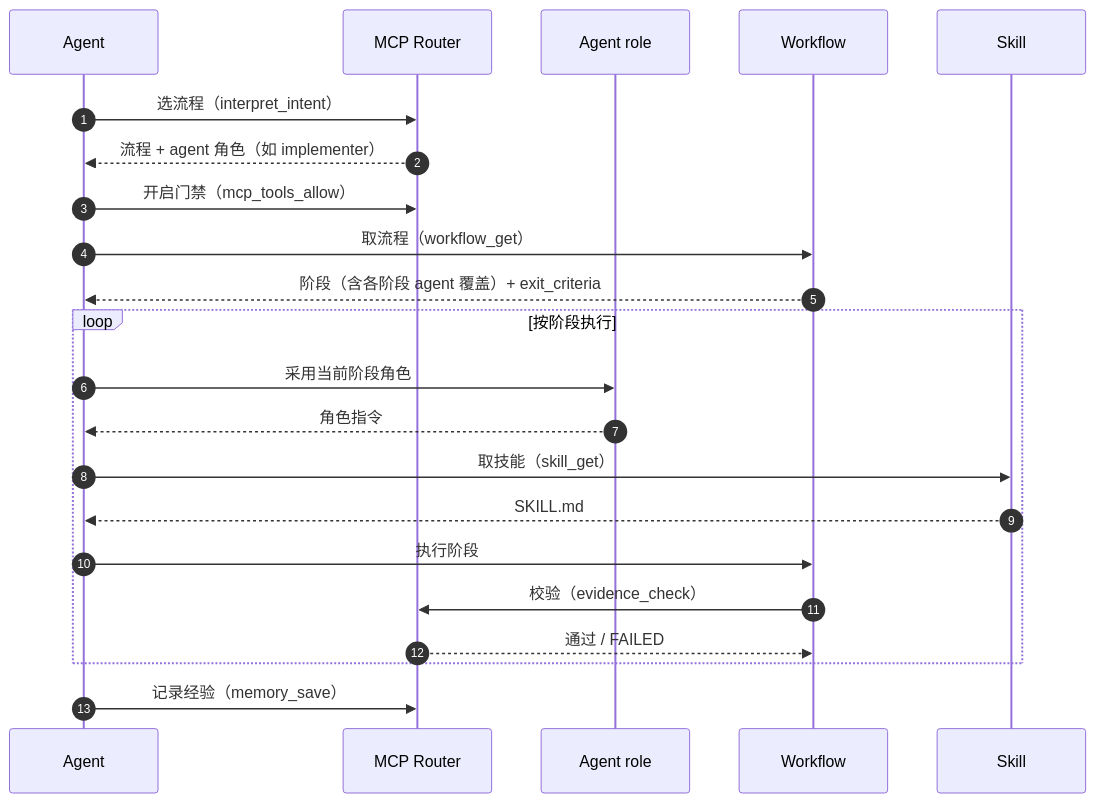
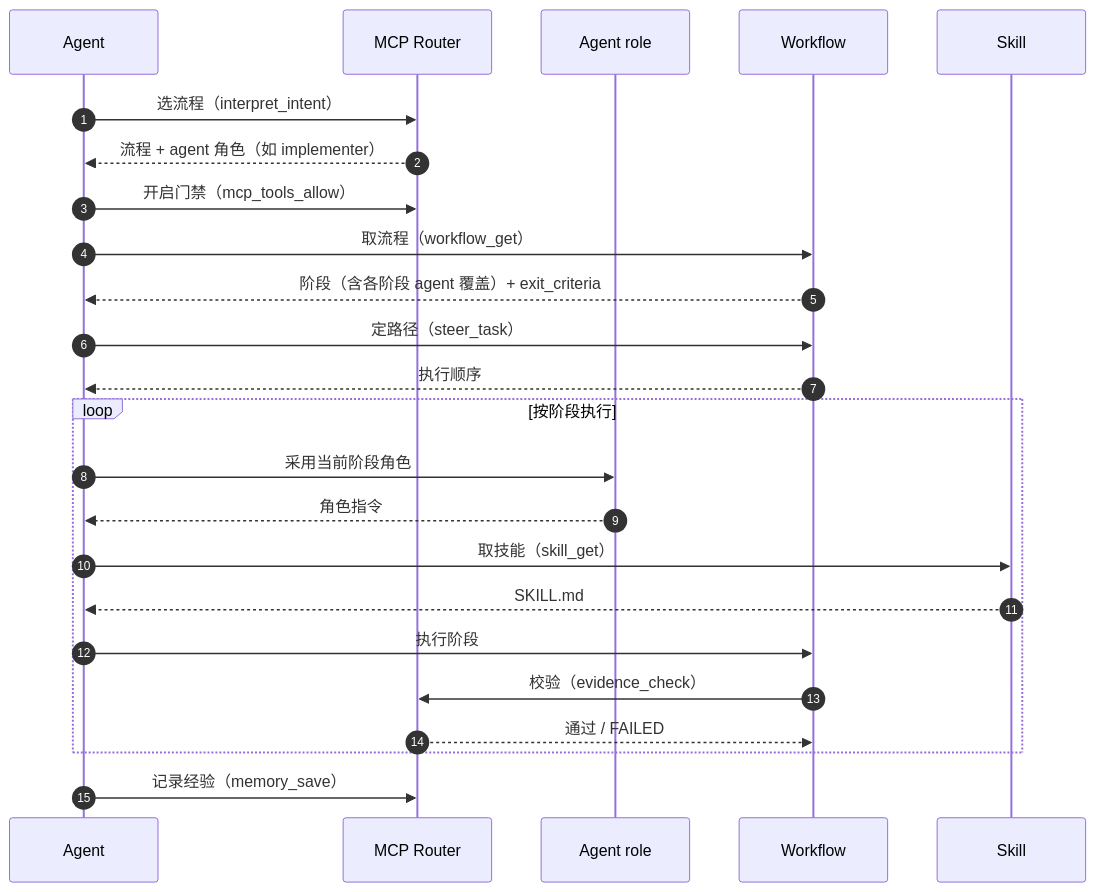
The diagram in README.zh-CN.md (parkwoo/wawoo-agent-skills), drawn with Mermaid before and after one commit. The commit also changed 3 other files, not shown here.

Commit message:
docs: restore the dynamic-path step (steer_task) in the sequence diagram

````diff
--- a/README.zh-CN.md
+++ b/README.zh-CN.md
@@ -63,24 +63,26 @@
 ```mermaid
 sequenceDiagram
     autonumber
     participant A as Agent
     participant R as MCP Router
     participant G as Agent role
     participant W as Workflow
     participant S as Skill
     A->>R: 选流程（interpret_intent）
     R-->>A: 流程 + agent 角色（如 implementer）
     A->>R: 开启门禁（mcp_tools_allow）
     A->>W: 取流程（workflow_get）
     W-->>A: 阶段（含各阶段 agent 覆盖）+ exit_criteria
+    A->>W: 定路径（steer_task）
+    W-->>A: 执行顺序
     loop 按阶段执行
         A->>G: 采用当前阶段角色
         G-->>A: 角色指令
         A->>S: 取技能（skill_get）
         S-->>A: SKILL.md
         A->>W: 执行阶段
         W->>R: 校验（evidence_check）
         R-->>W: 通过 / FAILED
     end
     A->>R: 记录经验（memory_save）
 ```
````
